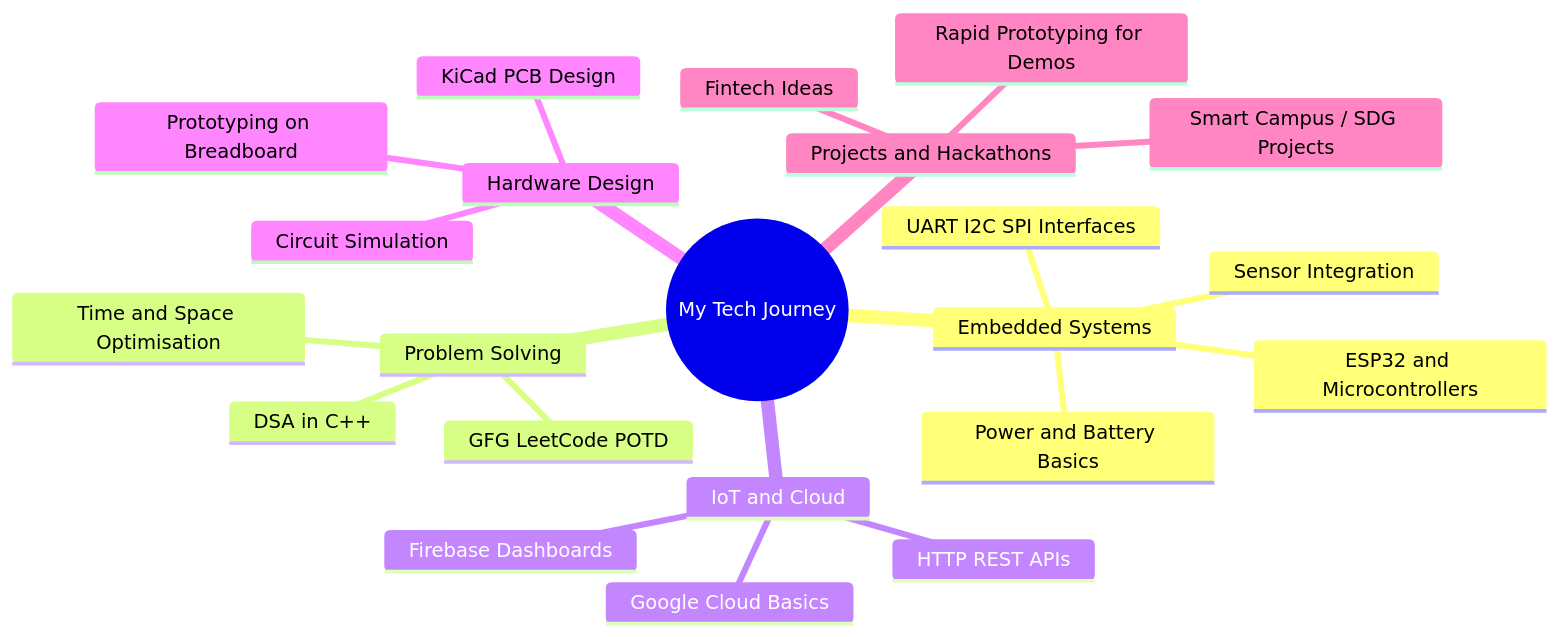
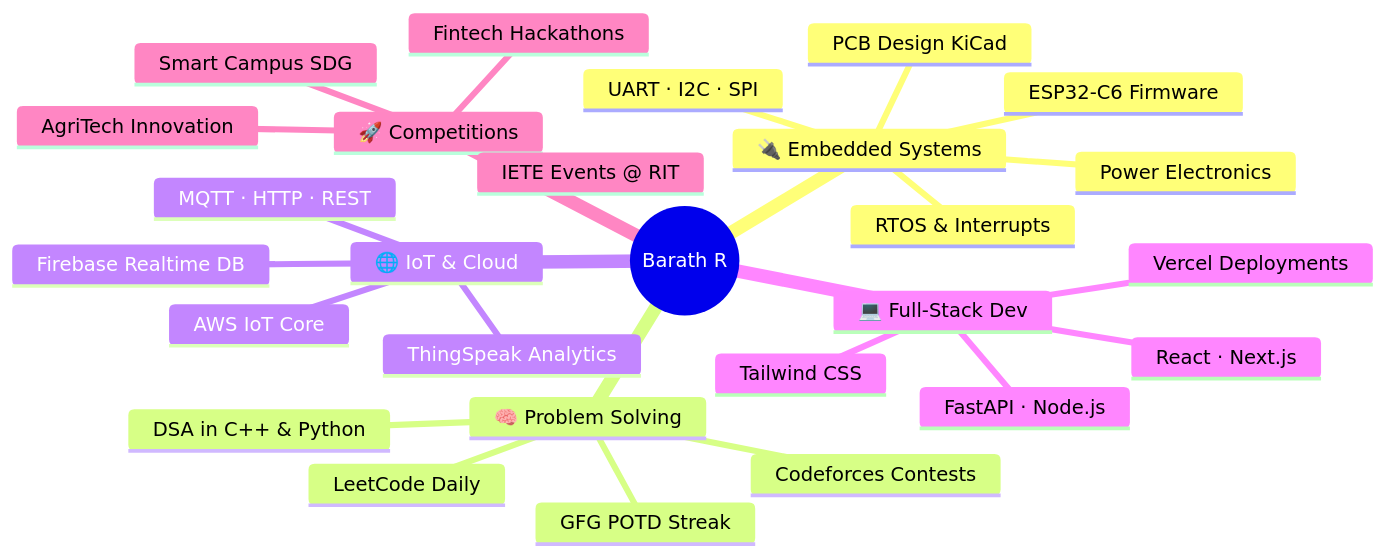
One commit to barath0508/barath0508 changed the diagram in README.md. Above: the diagram before and after it, drawn with Mermaid. The commit also changed other lines of this file, not shown here.

````diff
--- a/README.md
+++ b/README.md
@@ -130,30 +353,30 @@
 ```mermaid
 mindmap
-  root((My Tech Journey))
-
-    Embedded Systems
-      ESP32 and Microcontrollers
-      Sensor Integration
-      UART I2C SPI Interfaces
-      Power and Battery Basics
-
-    Problem Solving
-      DSA in C++
-      GFG LeetCode POTD
-      Time and Space Optimisation
-
-    IoT and Cloud
-      HTTP REST APIs
-      Firebase Dashboards
-      Google Cloud Basics
-
-    Hardware Design
-      KiCad PCB Design
-      Circuit Simulation
-      Prototyping on Breadboard
-
-    Projects and Hackathons
-      Fintech Ideas
-      Smart Campus / SDG Projects
-      Rapid Prototyping for Demos
+  root((Barath R))
+    🔌 Embedded Systems
+      ESP32-C6 Firmware
+      RTOS & Interrupts
+      UART · I2C · SPI
+      PCB Design KiCad
+      Power Electronics
+    🧠 Problem Solving
+      LeetCode Daily
+      GFG POTD Streak
+      Codeforces Contests
+      DSA in C++ & Python
+    🌐 IoT & Cloud
+      MQTT · HTTP · REST
+      ThingSpeak Analytics
+      AWS IoT Core
+      Firebase Realtime DB
+    💻 Full-Stack Dev
+      React · Next.js
+      FastAPI · Node.js
+      Tailwind CSS
+      Vercel Deployments
+    🚀 Competitions
+      Fintech Hackathons
+      Smart Campus SDG
+      AgriTech Innovation
+      IETE Events @ RIT
 ```
````
